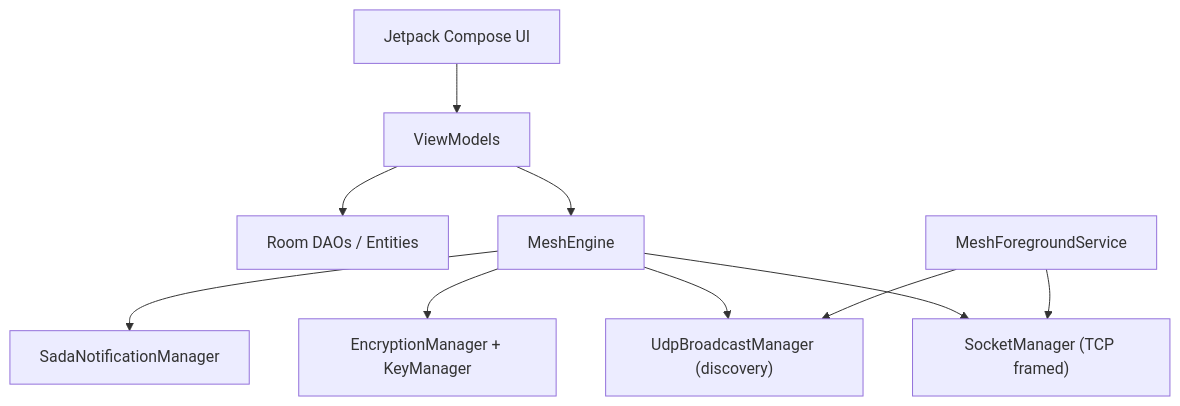
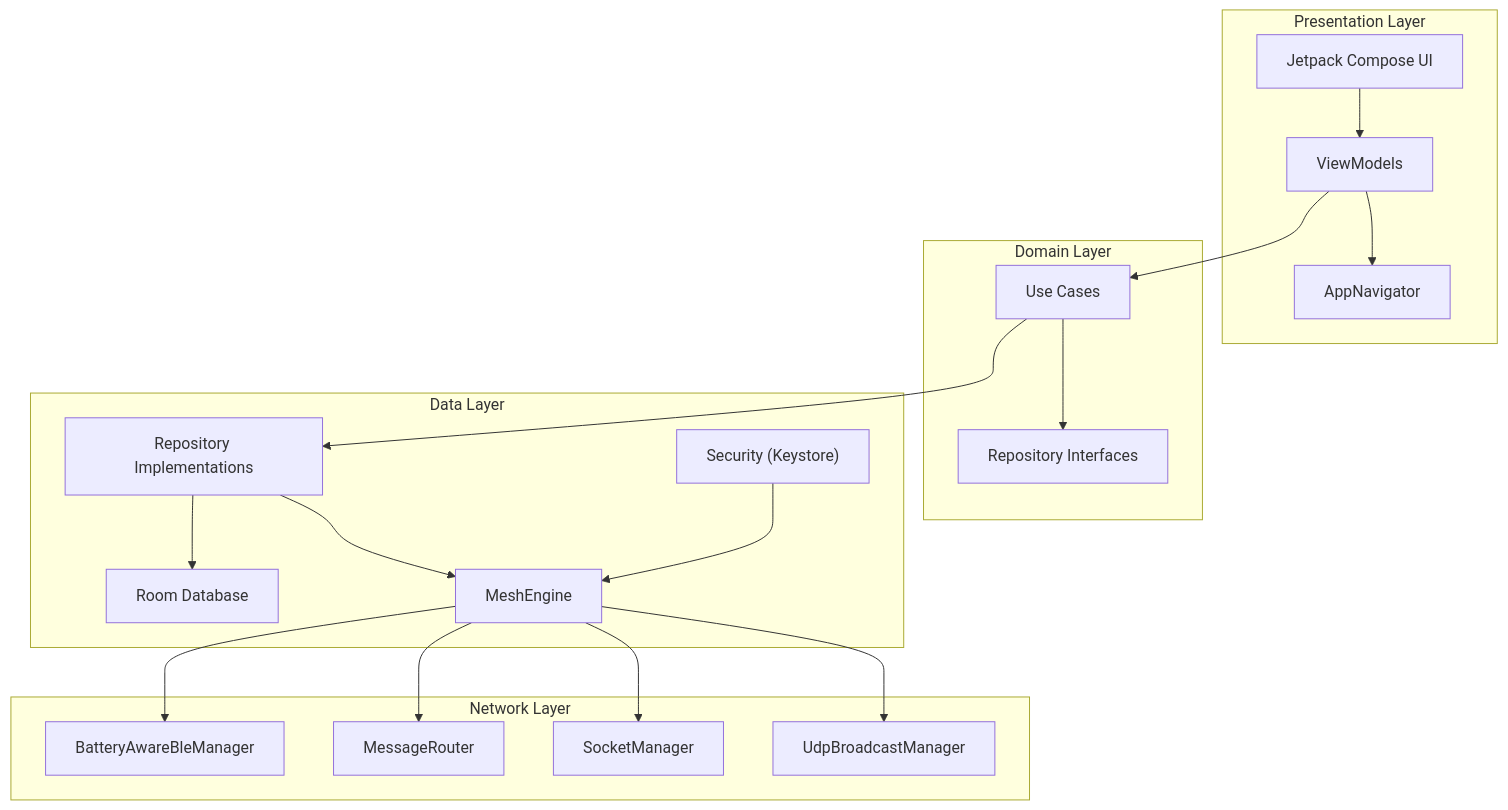
One commit to obadadallo95/sada-messenger changed the diagram in docs/ARCHITECTURE.md. Above: the diagram before and after it, drawn with Mermaid. The commit also changed other lines of this file and 103 other files, not shown here.

````diff
--- a/docs/ARCHITECTURE.md
+++ b/docs/ARCHITECTURE.md
@@ -5,12 +5,40 @@
 ```mermaid
 flowchart TD
-    UI["Jetpack Compose UI"] --> VM["ViewModels"]
-    VM --> DB["Room DAOs / Entities"]
-    VM --> ME["MeshEngine"]
-    ME --> SM["SocketManager (TCP framed)"]
-    ME --> UDP["UdpBroadcastManager (discovery)"]
-    ME --> CRYPTO["EncryptionManager + KeyManager"]
-    ME --> NOTIF["SadaNotificationManager"]
-    SVC["MeshForegroundService"] --> UDP
-    SVC --> SM
+    subgraph PRESENTATION["Presentation Layer"]
+        UI["Jetpack Compose UI"]
+        VM["ViewModels"]
+        NAV["AppNavigator"]
+    end
+    
+    subgraph DOMAIN["Domain Layer"]
+        UC["Use Cases"]
+        REPO_I["Repository Interfaces"]
+    end
+    
+    subgraph DATA["Data Layer"]
+        REPO_IMPL["Repository Implementations"]
+        DB["Room Database"]
+        ME["MeshEngine"]
+        SEC["Security (Keystore)"]
+    end
+    
+    subgraph NETWORK["Network Layer"]
+        BLE["BatteryAwareBleManager"]
+        ROUTER["MessageRouter"]
+        SM["SocketManager"]
+        UDP["UdpBroadcastManager"]
+    end
+    
+    UI --> VM
+    VM --> UC
+    VM --> NAV
+    UC --> REPO_I
+    UC --> REPO_IMPL
+    REPO_IMPL --> DB
+    REPO_IMPL --> ME
+    ME --> BLE
+    ME --> ROUTER
+    ME --> SM
+    ME --> UDP
+    SEC --> ME
 ```
````
